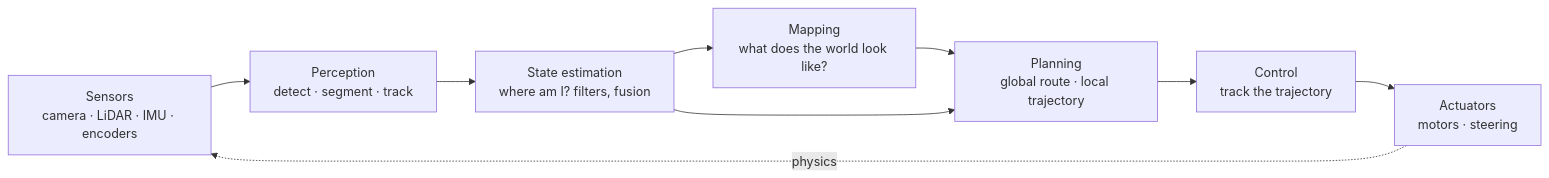
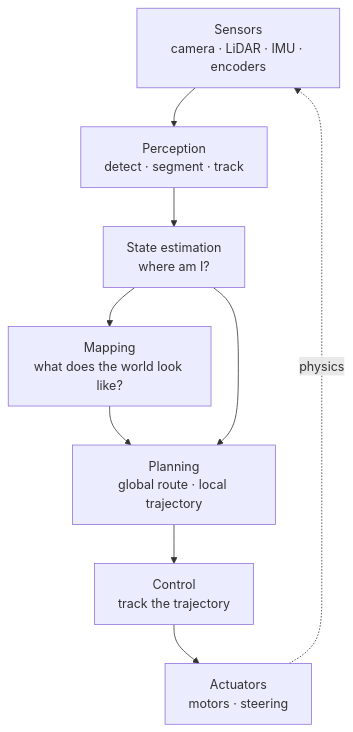
One commit to paulyonghaoli/robotics-for-ai-engineers changed the diagram in docs/modules/00-transition/02-anatomy.md. Above: the diagram before and after it, drawn with Mermaid. The commit also changed 30 other files, not shown here.

First line of the commit message:
Answer sketches for every question; readable diagrams

````diff
--- a/docs/modules/00-transition/02-anatomy.md
+++ b/docs/modules/00-transition/02-anatomy.md
@@ -13,11 +13,11 @@
 ```mermaid
-graph LR
-    S[Sensors<br>camera · LiDAR · IMU · encoders] --> P[Perception<br>detect · segment · track]
-    P --> E[State estimation<br>where am I? filters, fusion]
-    E --> M[Mapping<br>what does the world look like?]
-    M --> PL[Planning<br>global route · local trajectory]
+graph TD
+    S["Sensors<br>camera · LiDAR · IMU · encoders"] --> P["Perception<br>detect · segment · track"]
+    P --> E["State estimation<br>where am I?"]
+    E --> M["Mapping<br>what does the world look like?"]
+    M --> PL["Planning<br>global route · local trajectory"]
     E --> PL
-    PL --> C[Control<br>track the trajectory]
-    C --> A[Actuators<br>motors · steering]
-    A -. physics .-> S
+    PL --> C["Control<br>track the trajectory"]
+    C --> A["Actuators<br>motors · steering"]
+    A -. "physics" .-> S
 ```
````
